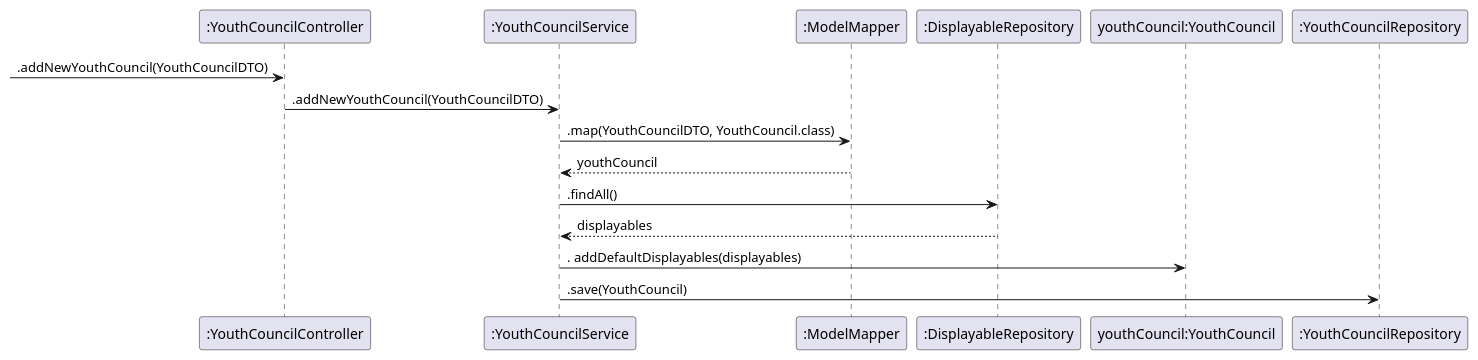
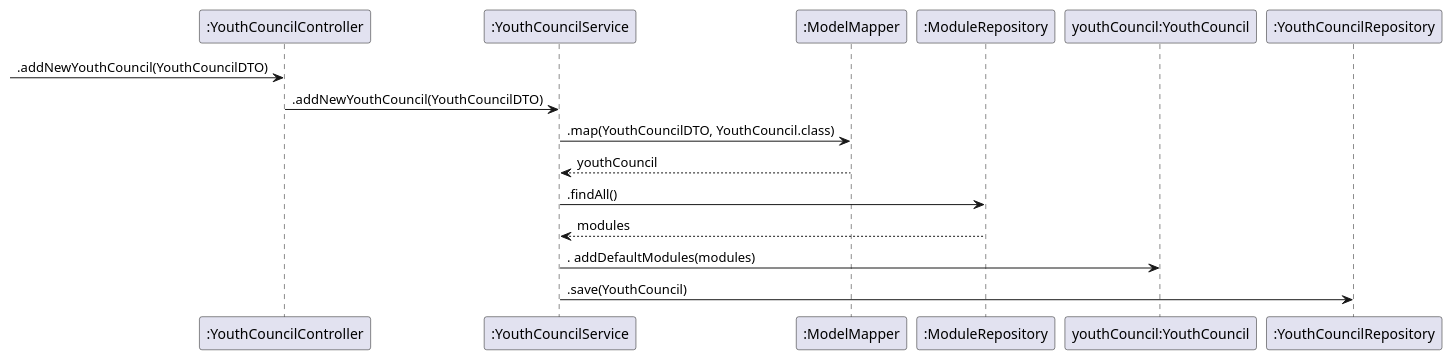
One commit to MocanuPaulC/youthcouncil changed the diagram in design/sequence-diagram-usr-str-26.puml. Above: the diagram before and after it, drawn with PlantUML. The commit also changed 3 other files, not shown here.

Commit message:
Made requested changes to the diagrams

```diff
--- a/design/sequence-diagram-usr-str-26.puml
+++ b/design/sequence-diagram-usr-str-26.puml
@@ -1,20 +1,20 @@
 @startuml
 
 participant ":YouthCouncilController" as YouthCouncilController
 participant ":YouthCouncilService" as YouthCouncilService
 participant ":ModelMapper" as ModelMapper
-participant ":DisplayableRepository" as DisplayableRepository
+participant ":ModuleRepository" as ModuleRepository
 participant "youthCouncil:YouthCouncil" as youthCouncil
 participant ":YouthCouncilRepository" as YouthCouncilRepository
 
 ->YouthCouncilController : .addNewYouthCouncil(YouthCouncilDTO)
 YouthCouncilController->YouthCouncilService : .addNewYouthCouncil(YouthCouncilDTO)
 YouthCouncilService->ModelMapper : .map(YouthCouncilDTO, YouthCouncil.class)
 YouthCouncilService<--ModelMapper : youthCouncil
-YouthCouncilService-> DisplayableRepository : .findAll()
-YouthCouncilService<--DisplayableRepository : displayables
-YouthCouncilService-> youthCouncil: . addDefaultDisplayables(displayables)
+YouthCouncilService-> ModuleRepository : .findAll()
+YouthCouncilService<--ModuleRepository : modules
+YouthCouncilService-> youthCouncil: . addDefaultModules(modules)
 YouthCouncilService->YouthCouncilRepository : .save(YouthCouncil)
 
 
 @enduml
```
